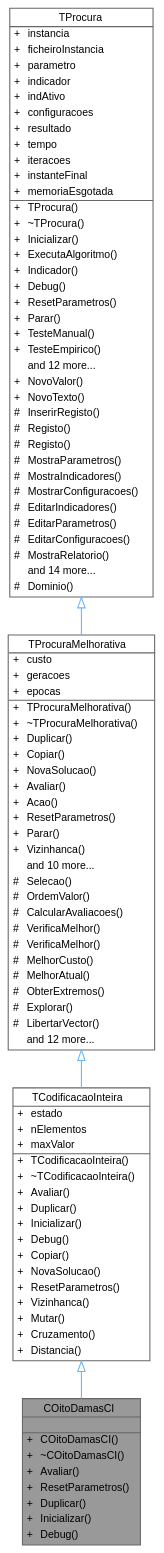
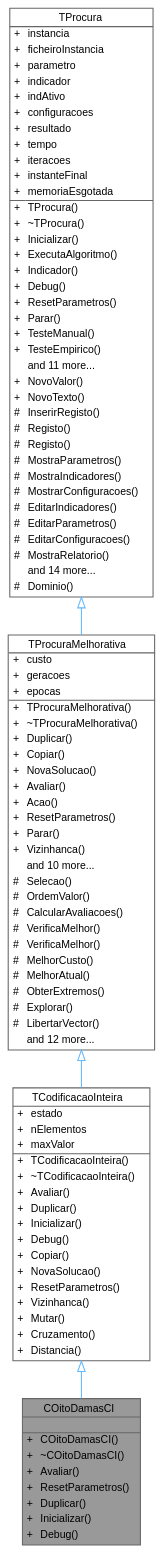
One commit to jcoelho72/TProcura changed the diagram in classCOitoDamasCI__inherit__graph.dot. Above: the diagram before and after it, drawn with Graphviz. The commit also changed 145 other files, not shown here.

```diff
--- a/classCOitoDamasCI__inherit__graph.dot
+++ b/classCOitoDamasCI__inherit__graph.dot
@@ -95,7 +95,7 @@
 <TR><TD VALIGN="top" CELLPADDING="1" CELLSPACING="0">+</TD><TD VALIGN="top" ALIGN="LEFT" CELLPADDING="1" CELLSPACING="0">Parar()<BR ALIGN="LEFT"/></TD></TR>
 <TR><TD VALIGN="top" CELLPADDING="1" CELLSPACING="0">+</TD><TD VALIGN="top" ALIGN="LEFT" CELLPADDING="1" CELLSPACING="0">TesteManual()<BR ALIGN="LEFT"/></TD></TR>
 <TR><TD VALIGN="top" CELLPADDING="1" CELLSPACING="0">+</TD><TD VALIGN="top" ALIGN="LEFT" CELLPADDING="1" CELLSPACING="0">TesteEmpirico()<BR ALIGN="LEFT"/></TD></TR>
-<TR><TD VALIGN="top" CELLPADDING="1" CELLSPACING="0"></TD><TD VALIGN="top" ALIGN="LEFT" CELLPADDING="1" CELLSPACING="0">and 12 more...</TD></TR>
+<TR><TD VALIGN="top" CELLPADDING="1" CELLSPACING="0"></TD><TD VALIGN="top" ALIGN="LEFT" CELLPADDING="1" CELLSPACING="0">and 11 more...</TD></TR>
 <TR><TD VALIGN="top" CELLPADDING="1" CELLSPACING="0">+</TD><TD VALIGN="top" ALIGN="LEFT" CELLPADDING="1" CELLSPACING="0">NovoValor()<BR ALIGN="LEFT"/></TD></TR>
 <TR><TD VALIGN="top" CELLPADDING="1" CELLSPACING="0">+</TD><TD VALIGN="top" ALIGN="LEFT" CELLPADDING="1" CELLSPACING="0">NovoTexto()<BR ALIGN="LEFT"/></TD></TR>
 <TR><TD VALIGN="top" CELLPADDING="1" CELLSPACING="0">#</TD><TD VALIGN="top" ALIGN="LEFT" CELLPADDING="1" CELLSPACING="0">InserirRegisto()<BR ALIGN="LEFT"/></TD></TR>
```
